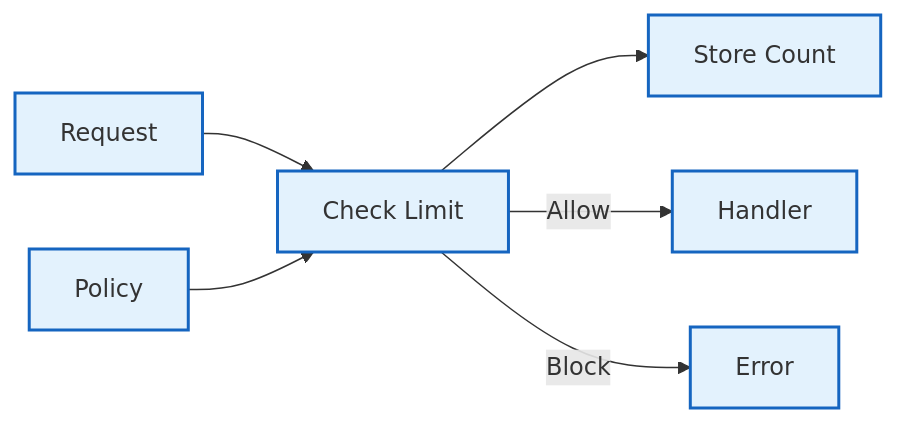
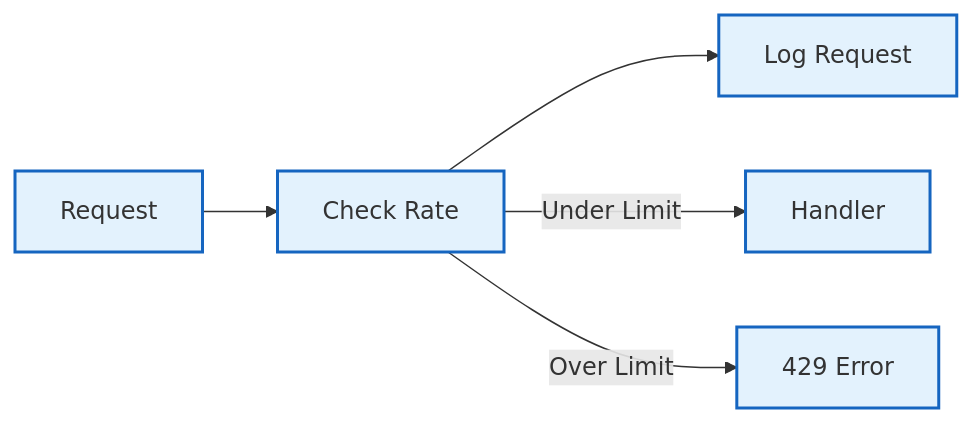
One commit to nessaee/chess-database changed the fourth of 4 diagrams in docs/api-reference.md. Above: the diagram before and after it, drawn with Mermaid. The commit also changed other lines of this file and 1 other file, not shown here.

```diff
--- a/docs/api-reference.md
+++ b/docs/api-reference.md
@@ -137,12 +243,11 @@
 <pre class="mermaid">
 graph LR
-    R[Request] --> C[Check Limit]
-    C --> S[Store Count]
-    P[Policy] --> C
+    R[Request] --> C[Check Rate]
+    C --> L[Log Request]
     
-    C -->|Allow| H[Handler]
-    C -->|Block| E[Error]
+    C -->|Under Limit| H[Handler]
+    C -->|Over Limit| E[429 Error]
     
     classDef flow fill:#e3f2fd,stroke:#1565c0,stroke-width:2px
-    class R,C,S,P,H,E flow
+    class R,C,L,H,E flow
 </pre>
```
